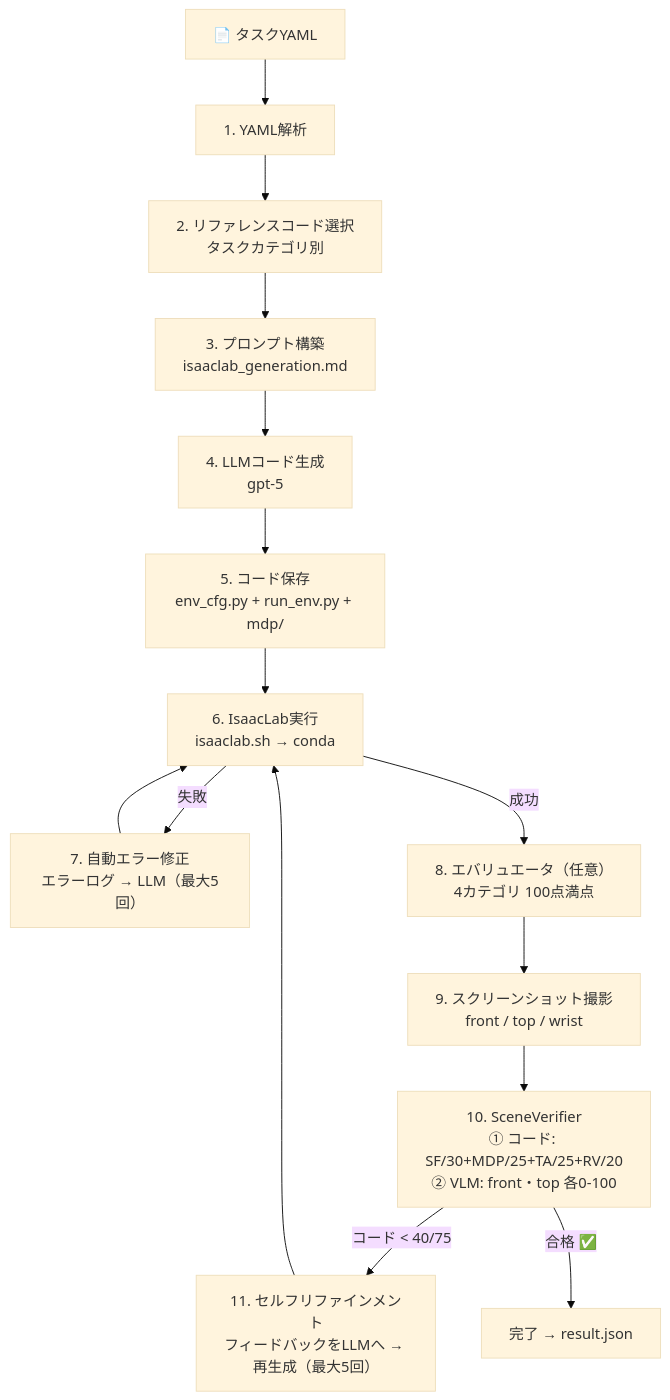
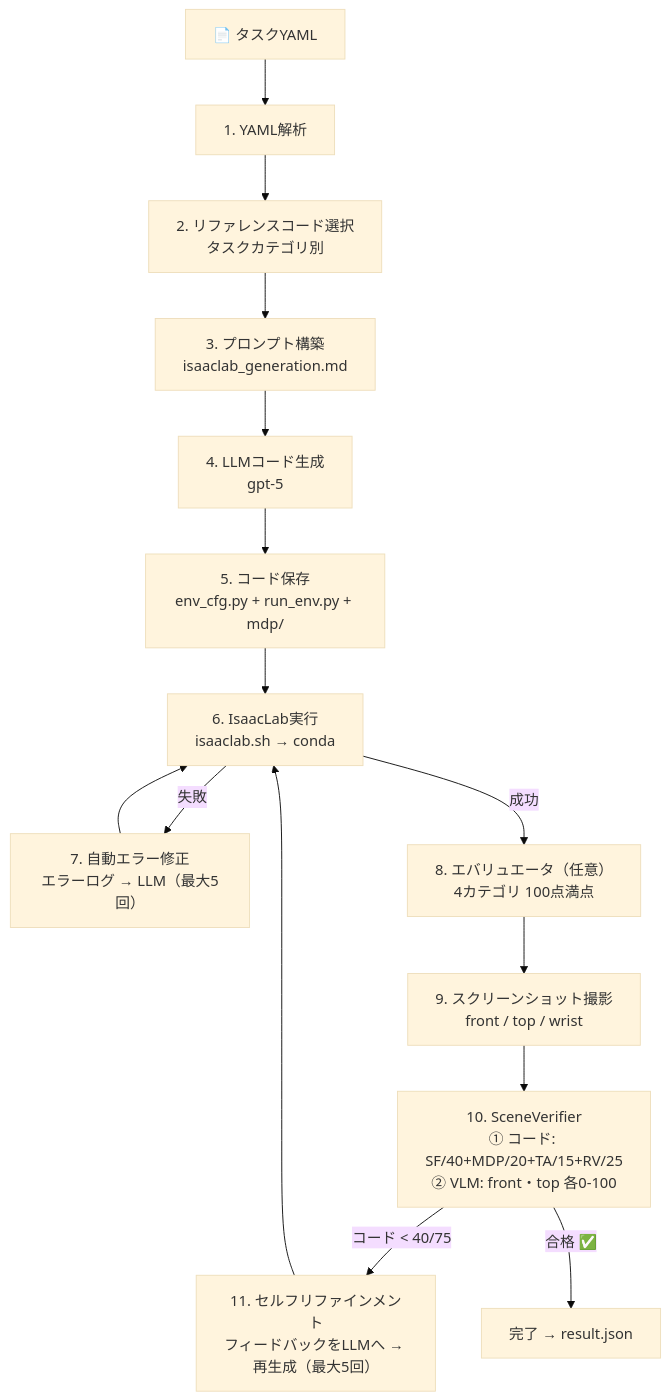
Before and after one commit to SKKU-PRISM/Simulation-Generation-Agent: the third of 3 diagrams in docs/ja/architecture.md, drawn with Mermaid (base theme). The commit also changed 7 other files, not shown here.

````diff
--- a/docs/ja/architecture.md
+++ b/docs/ja/architecture.md
@@ -79,20 +79,20 @@
 ```mermaid
 flowchart TD
     YAML["📄 タスクYAML"] --> PARSE["1. YAML解析"]
     PARSE --> REF["2. リファレンスコード選択\nタスクカテゴリ別"]
     REF --> PROMPT["3. プロンプト構築\nisaaclab_generation.md"]
     PROMPT --> GEN["4. LLMコード生成\ngpt-5"]
     GEN --> WRITE["5. コード保存\nenv_cfg.py + run_env.py + mdp/"]
     WRITE --> EXEC["6. IsaacLab実行\nisaaclab.sh → conda"]
 
     EXEC -- "失敗" --> FIX["7. 自動エラー修正\nエラーログ → LLM（最大5回）"]
     FIX --> EXEC
 
     EXEC -- "成功" --> EVAL["8. エバリュエータ（任意）\n4カテゴリ 100点満点"]
     EVAL --> CAP["9. スクリーンショット撮影\nfront / top / wrist"]
-    CAP --> VER["10. SceneVerifier\n① コード: SF/30+MDP/25+TA/25+RV/20\n② VLM: front・top 各0-100"]
+    CAP --> VER["10. SceneVerifier\n① コード: SF/40+MDP/20+TA/15+RV/25\n② VLM: front・top 各0-100"]
 
     VER -- "コード < 40/75" --> REFINE["11. セルフリファインメント\nフィードバックをLLMへ → 再生成（最大5回）"]
     REFINE --> EXEC
     VER -- "合格 ✅" --> DONE["完了 → result.json"]
 ```
````
